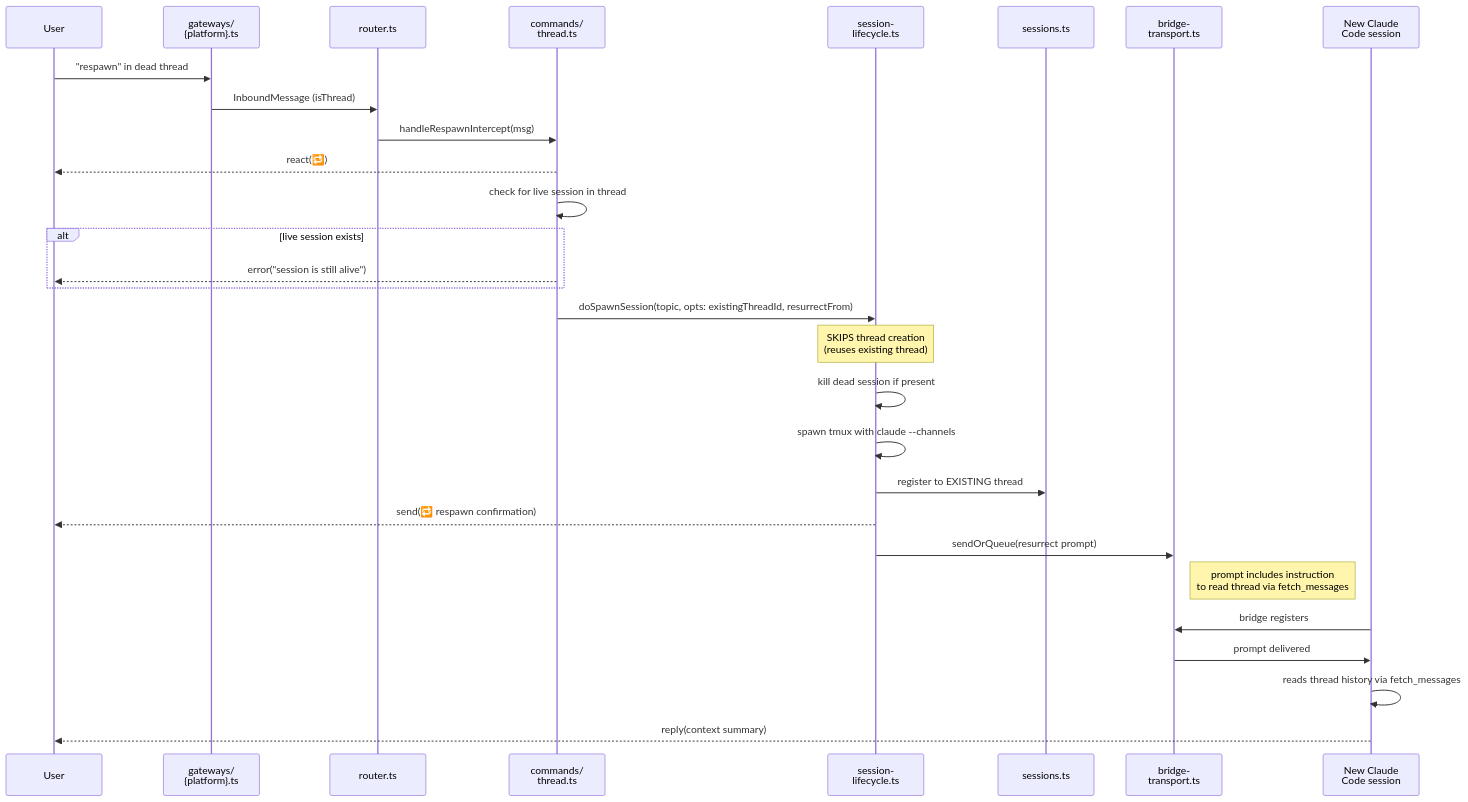
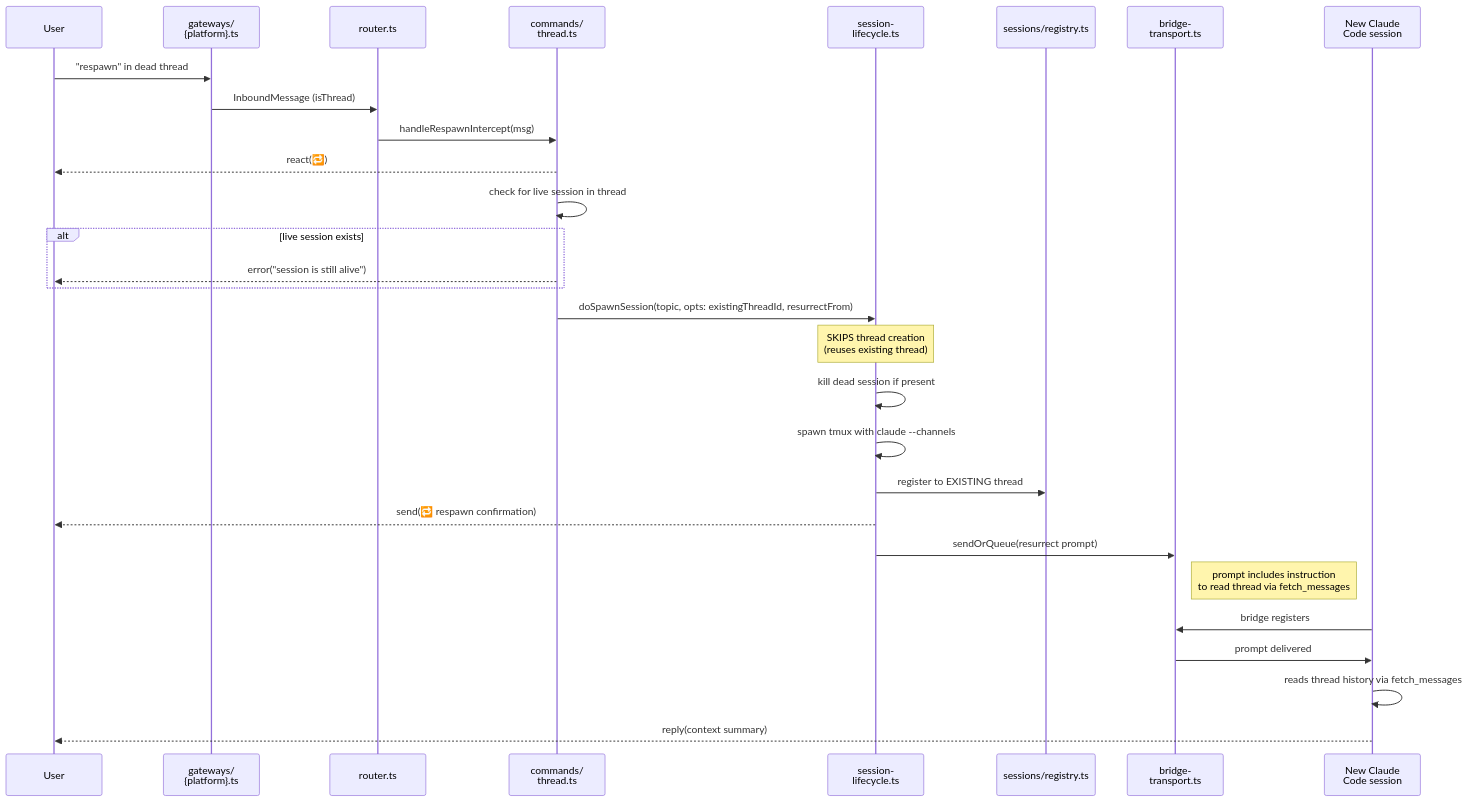
One commit to sf8193/hydra changed the diagram in diagrams/flow-respawn.mmd. Above: the diagram before and after it, drawn with Mermaid. The commit also changed 6 other files, not shown here.

Commit message:
Diagram labels name sessions/registry.ts

```diff
--- a/diagrams/flow-respawn.mmd
+++ b/diagrams/flow-respawn.mmd
@@ -1,34 +1,34 @@
 %% respawn 🔁 — Flow Through Layers
 %% Recovers a dead thread by spawning fresh into the SAME thread and reading history.
 %% (Previously called "resurrect" — the user-facing command is "respawn".)
 
 sequenceDiagram
     participant User
     participant gw as gateways/<br/>{platform}.ts
     participant router as router.ts
     participant thread as commands/<br/>thread.ts
     participant lifecycle as session-<br/>lifecycle.ts
-    participant sessions as sessions.ts
+    participant sessions as sessions/registry.ts
     participant transport as bridge-<br/>transport.ts
     participant cc as New Claude<br/>Code session
 
     User->>gw: "respawn" in dead thread
     gw->>router: InboundMessage (isThread)
     router->>thread: handleRespawnIntercept(msg)
     thread-->>User: react(🔁)
     thread->>thread: check for live session in thread
     alt live session exists
         thread-->>User: error("session is still alive")
     end
     thread->>lifecycle: doSpawnSession(topic, opts: existingThreadId, resurrectFrom)
     Note over lifecycle: SKIPS thread creation<br/>(reuses existing thread)
     lifecycle->>lifecycle: kill dead session if present
     lifecycle->>lifecycle: spawn tmux with claude --channels
     lifecycle->>sessions: register to EXISTING thread
     lifecycle-->>User: send(🔁 respawn confirmation)
     lifecycle->>transport: sendOrQueue(resurrect prompt)
     Note right of transport: prompt includes instruction<br/>to read thread via fetch_messages
     cc->>transport: bridge registers
     transport->>cc: prompt delivered
     cc->>cc: reads thread history via fetch_messages
     cc-->>User: reply(context summary)
```
